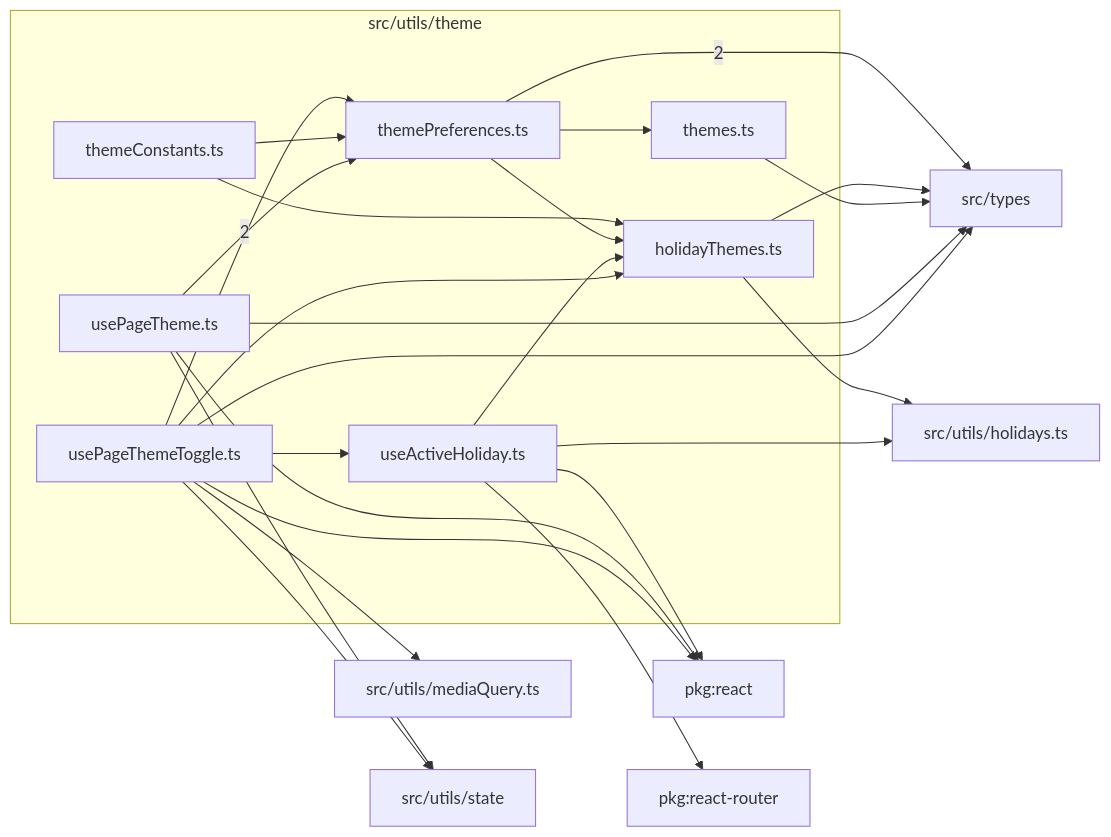
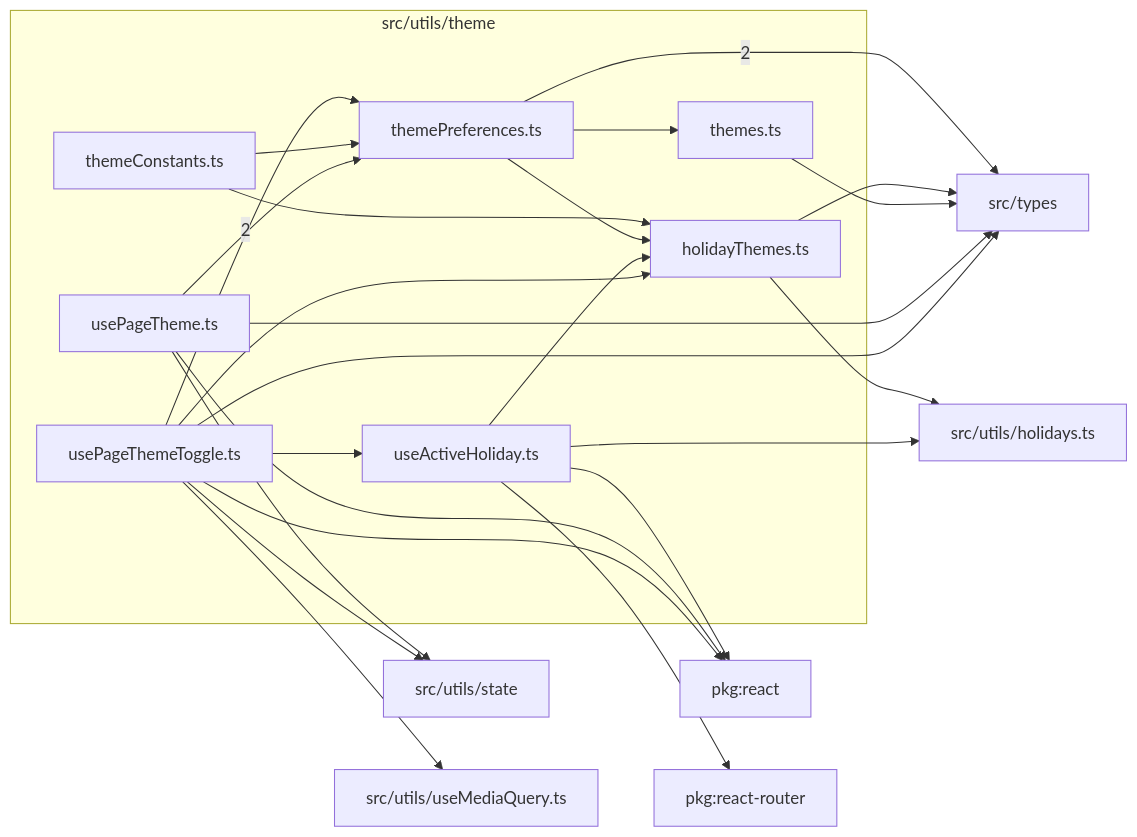
The diagram in src/utils/theme/readme.md (ronbuening/LensVisualizer), drawn with Mermaid before and after one commit. The commit also changed other lines of this file and 18 other files, not shown here.

Commit message:
Unify responsive media query handling

````diff
--- a/src/utils/theme/readme.md
+++ b/src/utils/theme/readme.md
@@ -9,41 +9,41 @@
 ```mermaid
 flowchart LR
   subgraph n_src_utils_theme["src/utils/theme"]
     n_src_utils_theme_src_utils_theme_holidayThemes_ts["holidayThemes.ts"]
     n_src_utils_theme_src_utils_theme_themeConstants_ts["themeConstants.ts"]
     n_src_utils_theme_src_utils_theme_themePreferences_ts["themePreferences.ts"]
     n_src_utils_theme_src_utils_theme_themes_ts["themes.ts"]
     n_src_utils_theme_src_utils_theme_useActiveHoliday_ts["useActiveHoliday.ts"]
     n_src_utils_theme_src_utils_theme_usePageTheme_ts["usePageTheme.ts"]
     n_src_utils_theme_src_utils_theme_usePageThemeToggle_ts["usePageThemeToggle.ts"]
   end
   n_external_src_types["src/types"]
   n_external_pkg_react["pkg:react"]
   n_external_pkg_react_router["pkg:react-router"]
   n_external_src_utils_holidays_ts["src/utils/holidays.ts"]
-  n_external_src_utils_mediaQuery_ts["src/utils/mediaQuery.ts"]
   n_external_src_utils_state["src/utils/state"]
+  n_external_src_utils_useMediaQuery_ts["src/utils/useMediaQuery.ts"]
   n_src_utils_theme_src_utils_theme_themePreferences_ts --> |2| n_external_src_types
   n_src_utils_theme_src_utils_theme_usePageThemeToggle_ts --> |2| n_src_utils_theme_src_utils_theme_themePreferences_ts
   n_src_utils_theme_src_utils_theme_useActiveHoliday_ts --> n_external_pkg_react
   n_src_utils_theme_src_utils_theme_usePageTheme_ts --> n_external_pkg_react
   n_src_utils_theme_src_utils_theme_usePageThemeToggle_ts --> n_external_pkg_react
   n_src_utils_theme_src_utils_theme_useActiveHoliday_ts --> n_external_pkg_react_router
   n_src_utils_theme_src_utils_theme_holidayThemes_ts --> n_external_src_types
   n_src_utils_theme_src_utils_theme_themes_ts --> n_external_src_types
   n_src_utils_theme_src_utils_theme_usePageTheme_ts --> n_external_src_types
   n_src_utils_theme_src_utils_theme_usePageThemeToggle_ts --> n_external_src_types
   n_src_utils_theme_src_utils_theme_holidayThemes_ts --> n_external_src_utils_holidays_ts
   n_src_utils_theme_src_utils_theme_useActiveHoliday_ts --> n_external_src_utils_holidays_ts
-  n_src_utils_theme_src_utils_theme_usePageThemeToggle_ts --> n_external_src_utils_mediaQuery_ts
   n_src_utils_theme_src_utils_theme_usePageTheme_ts --> n_external_src_utils_state
   n_src_utils_theme_src_utils_theme_usePageThemeToggle_ts --> n_external_src_utils_state
+  n_src_utils_theme_src_utils_theme_usePageThemeToggle_ts --> n_external_src_utils_useMediaQuery_ts
   n_src_utils_theme_src_utils_theme_themeConstants_ts --> n_src_utils_theme_src_utils_theme_holidayThemes_ts
   n_src_utils_theme_src_utils_theme_themePreferences_ts --> n_src_utils_theme_src_utils_theme_holidayThemes_ts
   n_src_utils_theme_src_utils_theme_useActiveHoliday_ts --> n_src_utils_theme_src_utils_theme_holidayThemes_ts
   n_src_utils_theme_src_utils_theme_usePageThemeToggle_ts --> n_src_utils_theme_src_utils_theme_holidayThemes_ts
   n_src_utils_theme_src_utils_theme_themeConstants_ts --> n_src_utils_theme_src_utils_theme_themePreferences_ts
   n_src_utils_theme_src_utils_theme_usePageTheme_ts --> n_src_utils_theme_src_utils_theme_themePreferences_ts
   n_src_utils_theme_src_utils_theme_themePreferences_ts --> n_src_utils_theme_src_utils_theme_themes_ts
   n_src_utils_theme_src_utils_theme_usePageThemeToggle_ts --> n_src_utils_theme_src_utils_theme_useActiveHoliday_ts
 ```
````
